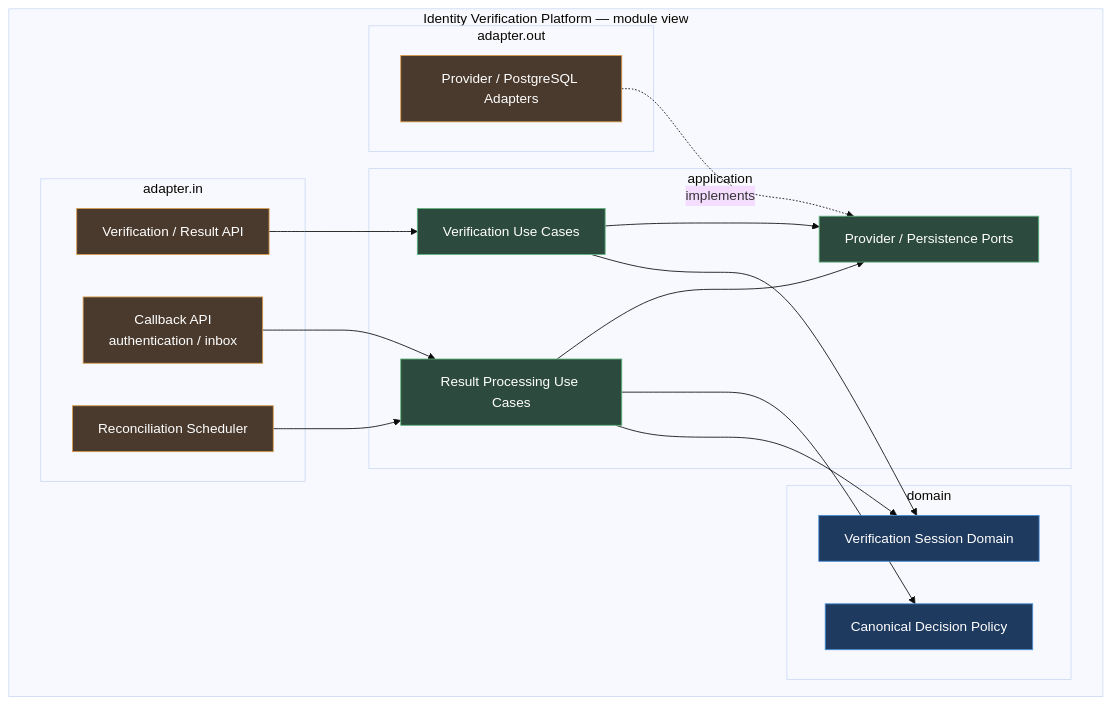
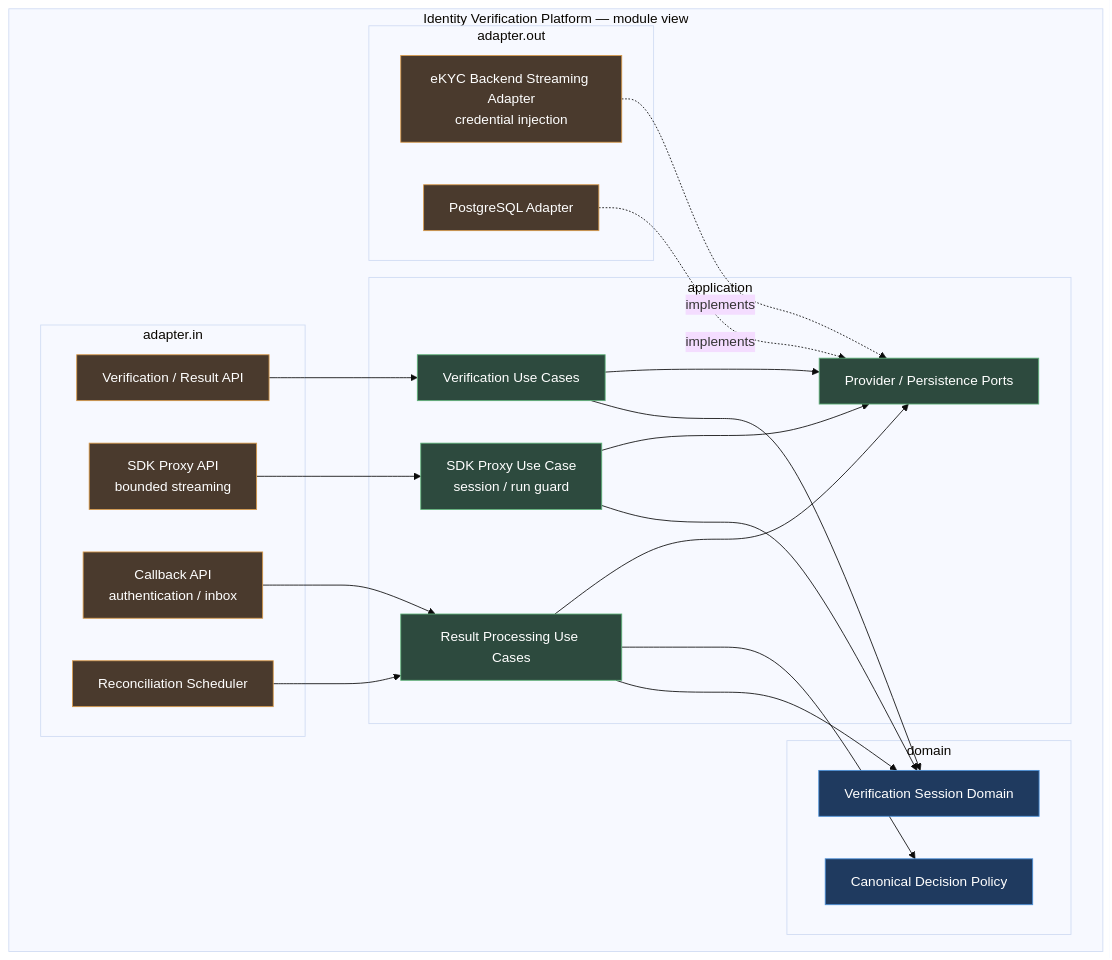
One commit to huynv-xyz/vhm changed the sixth of 23 diagrams in README.md. Above: the diagram before and after it, drawn with Mermaid (base theme). The commit also changed other lines of this file, not shown here.

````diff
--- a/README.md
+++ b/README.md
@@ -645,36 +700,43 @@
 ```mermaid
 flowchart TD
     subgraph IVP["Identity Verification Platform — module view"]
         subgraph ADIN["adapter.in"]
             API["Verification / Result API"]:::ad
+            PROXY["SDK Proxy API<br/>bounded streaming"]:::ad
             CALLBACK["Callback API<br/>authentication / inbox"]:::ad
             SCHEDULER["Reconciliation Scheduler"]:::ad
         end
         subgraph APP["application"]
             USECASES["Verification Use Cases"]:::ap
+            PROXYUC["SDK Proxy Use Case<br/>session / run guard"]:::ap
             PROCESSOR["Result Processing Use Cases"]:::ap
             PORTS["Provider / Persistence Ports"]:::ap
         end
         subgraph DOMAIN["domain"]
             SESSION["Verification Session Domain"]:::dm
             POLICY["Canonical Decision Policy"]:::dm
         end
         subgraph ADOUT["adapter.out"]
-            OUTBOUND["Provider / PostgreSQL Adapters"]:::ad
+            SDKOUT["eKYC Backend Streaming Adapter<br/>credential injection"]:::ad
+            PERSIST["PostgreSQL Adapter"]:::ad
         end
     end
 
     API --> USECASES
+    PROXY --> PROXYUC
     CALLBACK --> PROCESSOR
     SCHEDULER --> PROCESSOR
     USECASES --> SESSION
+    PROXYUC --> SESSION
     PROCESSOR --> SESSION
     PROCESSOR --> POLICY
     USECASES --> PORTS
+    PROXYUC --> PORTS
     PROCESSOR --> PORTS
-    OUTBOUND -.implements.-> PORTS
+    SDKOUT -.implements.-> PORTS
+    PERSIST -.implements.-> PORTS
 
     classDef ad fill:#4a3a2d,stroke:#d99a4a,color:#fff;
     classDef ap fill:#2d4a3e,stroke:#5fb37a,color:#fff;
     classDef dm fill:#1f3a5f,stroke:#4a90d9,color:#fff;
 ```
````
